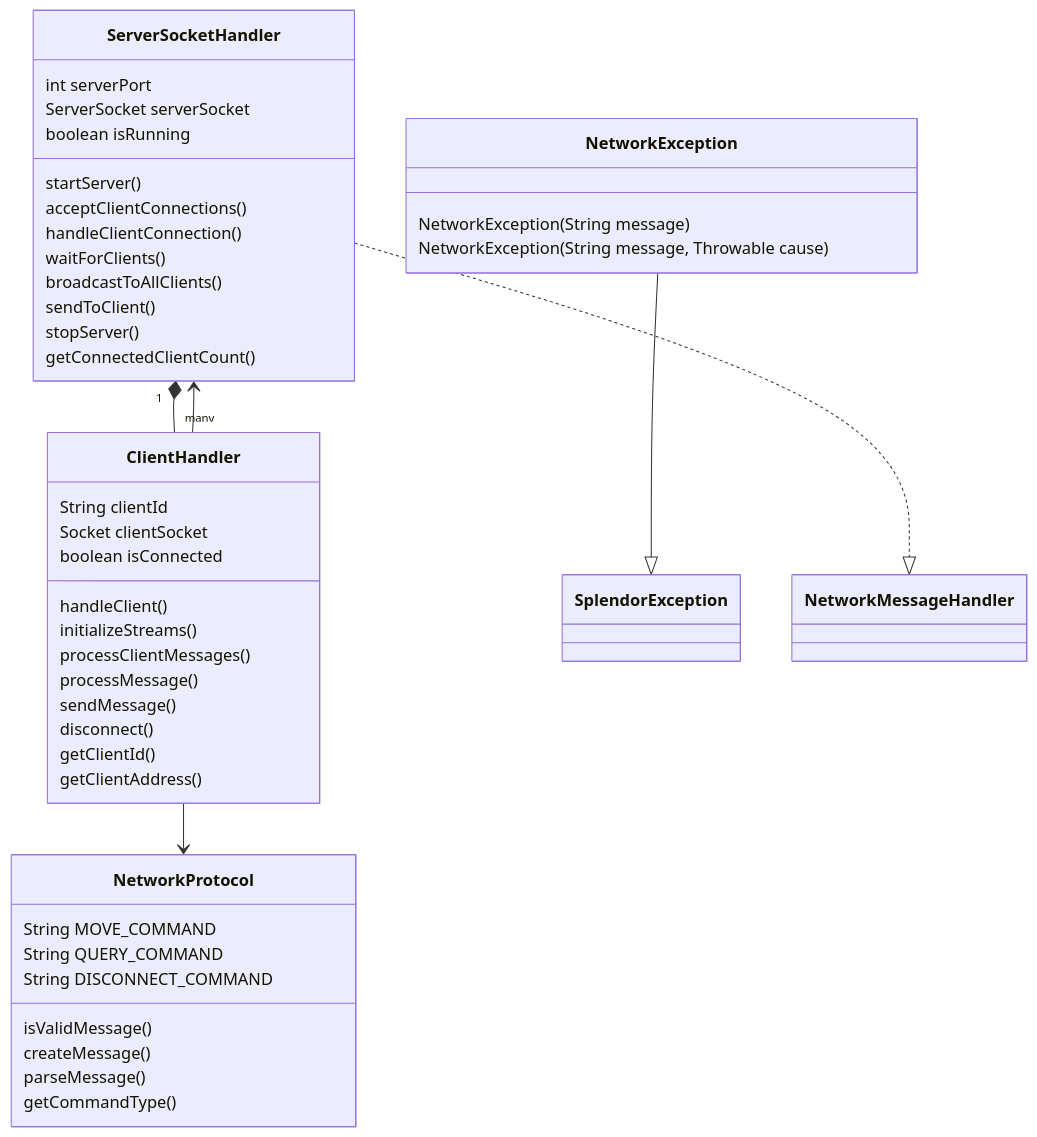
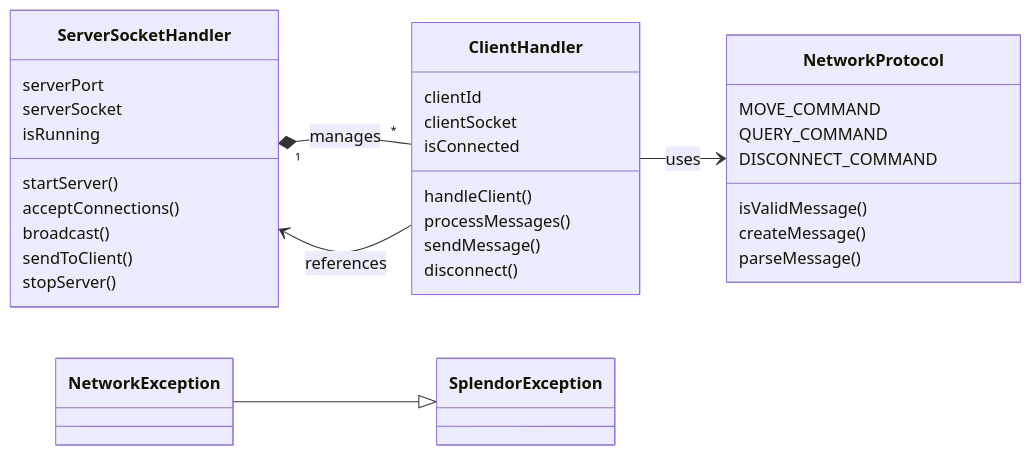
One commit to bryanseah234/playsplendor changed the fifth of 7 diagrams in ALL.md. Above: the diagram before and after it, drawn with Mermaid. The commit also changed other lines of this file, not shown here.

````diff
--- a/ALL.md
+++ b/ALL.md
@@ -344,51 +374,41 @@
 ```mermaid
 classDiagram
+    direction LR
+    
     class ServerSocketHandler {
-        int serverPort
-        ServerSocket serverSocket
-        boolean isRunning
+        serverPort
+        serverSocket
+        isRunning
         startServer()
-        acceptClientConnections()
-        handleClientConnection()
-        waitForClients()
-        broadcastToAllClients()
+        acceptConnections()
+        broadcast()
         sendToClient()
         stopServer()
-        getConnectedClientCount()
     }
     
     class ClientHandler {
-        String clientId
-        Socket clientSocket
-        boolean isConnected
+        clientId
+        clientSocket
+        isConnected
         handleClient()
-        initializeStreams()
-        processClientMessages()
-        processMessage()
+        processMessages()
         sendMessage()
         disconnect()
-        getClientId()
-        getClientAddress()
     }
     
     class NetworkProtocol {
-        String MOVE_COMMAND
-        String QUERY_COMMAND
-        String DISCONNECT_COMMAND
+        MOVE_COMMAND
+        QUERY_COMMAND
+        DISCONNECT_COMMAND
         isValidMessage()
         createMessage()
         parseMessage()
-        getCommandType()
     }
     
-    class NetworkException {
-        NetworkException(String message)
-        NetworkException(String message, Throwable cause)
-    }
+    class NetworkException
     
-    ServerSocketHandler "1" *-- "many" ClientHandler
-    ClientHandler --> ServerSocketHandler
-    ClientHandler --> NetworkProtocol
+    ServerSocketHandler "1" *-- "*" ClientHandler : manages
+    ClientHandler --> ServerSocketHandler : references
+    ClientHandler --> NetworkProtocol : uses
     NetworkException --|> SplendorException
-    ServerSocketHandler ..|> NetworkMessageHandler
 ```
````
